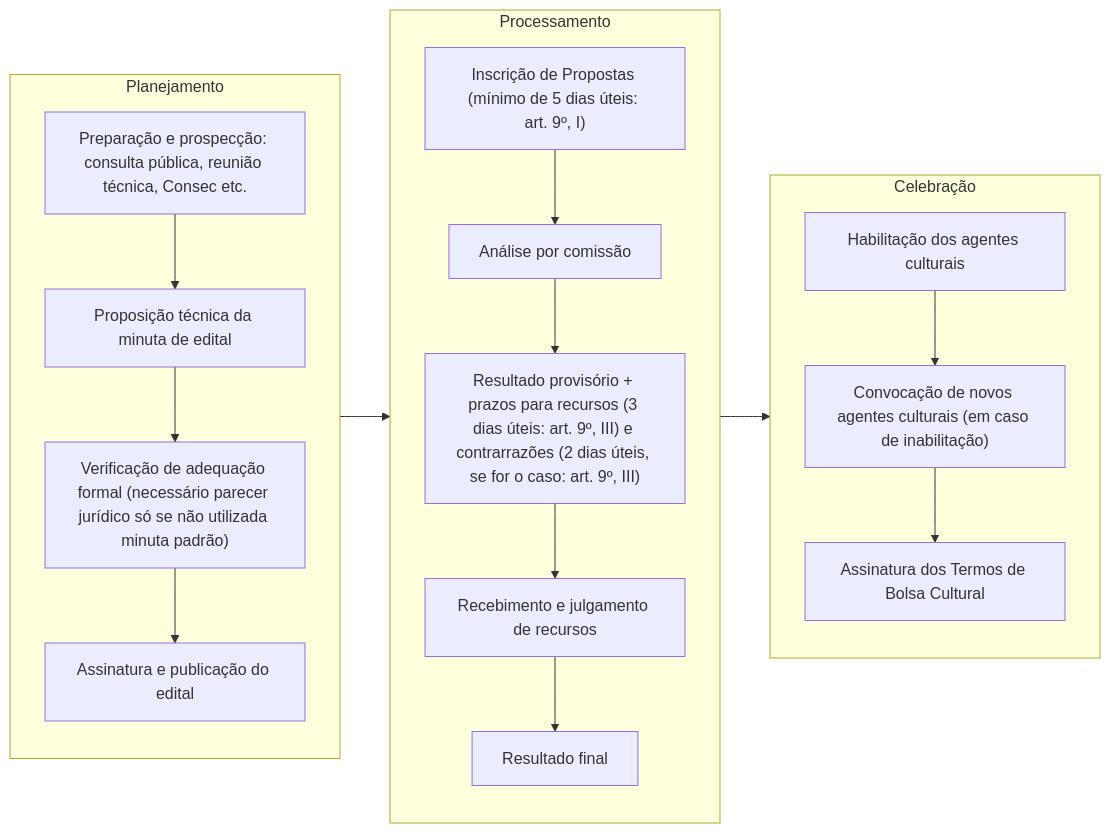
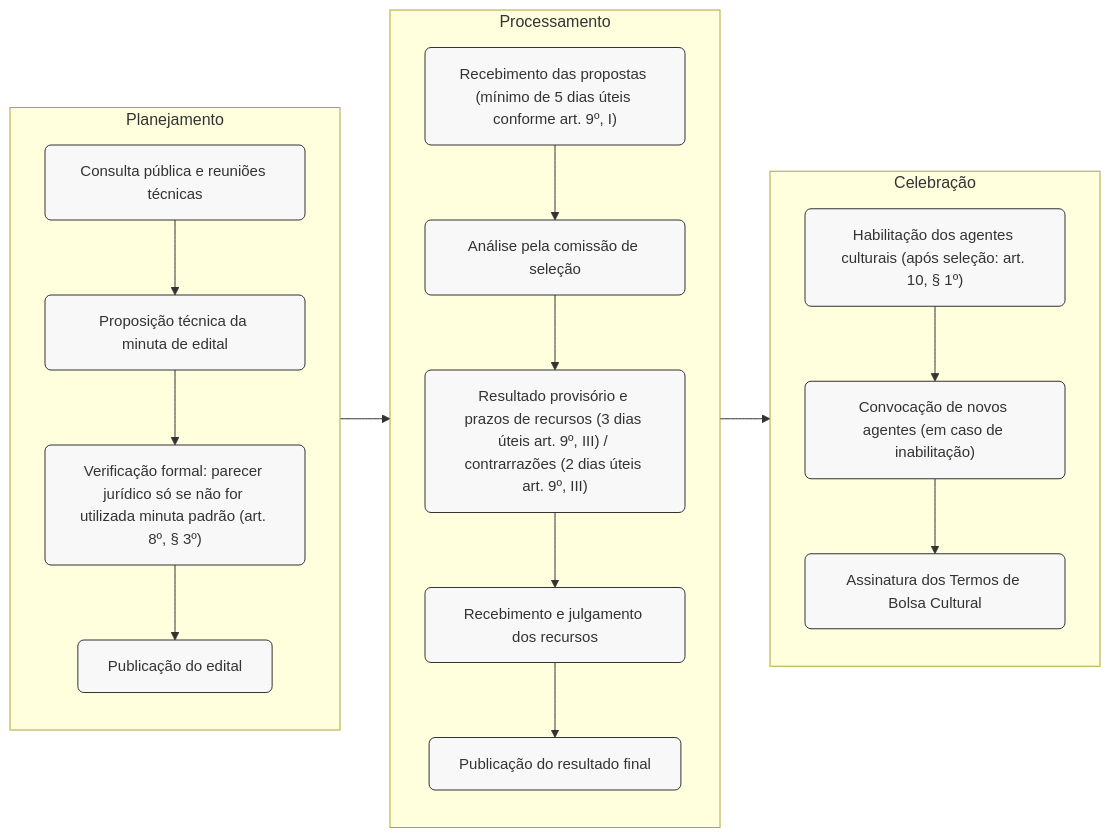
Before and after one commit to iepha-mg/manual.appi: the first of 3 diagrams in docs/parcerias/marco-do-fomento/termo-de-bolsa-cultural.md, drawn with Mermaid. The commit also changed other lines of this file and 4 other files, not shown here.

Commit message:
add Bolsa Cultural, fix fluxos OS e OSCIP

````diff
--- a/docs/parcerias/marco-do-fomento/termo-de-bolsa-cultural.md
+++ b/docs/parcerias/marco-do-fomento/termo-de-bolsa-cultural.md
@@ -59,20 +78,32 @@
-<div class="mermaid">
-flowchart LR
-    subgraph Planejamento
-        A1["Preparação e prospecção: consulta pública, reunião técnica, Consec etc."] --> A2["Proposição técnica da minuta de edital"]
-        A2 --> A3["Verificação de adequação formal (necessário parecer jurídico só se não utilizada minuta padrão)"]
-        A3 --> A4["Assinatura e publicação do edital"]
-    end
-    subgraph Processamento
-        B1["Inscrição de Propostas (mínimo de 5 dias úteis: art. 9º, I)"] --> B2["Análise por comissão"]
-        B2 --> B3["Resultado provisório + prazos para recursos (3 dias úteis: art. 9º, III) e contrarrazões (2 dias úteis, se for o caso: art. 9º, III)"]
-        B3 --> B4["Recebimento e julgamento de recursos"]
-        B4 --> B5["Resultado final"]
-    end
-    subgraph Celebração
-        C1["Habilitação dos agentes culturais"] --> C2["Convocação de novos agentes culturais (em caso de inabilitação)"]
-        C2 --> C3["Assinatura dos Termos de Bolsa Cultural"]
-    end
-    Planejamento --> Processamento
-    Processamento --> Celebração
-</div>
+    ```mermaid
+        %%{init: { 'flowchart': { 'htmlLabels': true }, 'maxTextSize': 90000 }}%%
+            flowchart LR
+                subgraph Planejamento
+                    A1["Consulta pública e reuniões técnicas"]
+                    A2["Proposição técnica da minuta de edital"]
+                    A3["Verificação formal: parecer jurídico só se não for utilizada minuta padrão (art. 8º, § 3º)"]
+                    A4["Publicação do edital"]
+
+                    A1 --> A2 --> A3 --> A4
+                end
+                subgraph Processamento
+                    B1["Recebimento das propostas (mínimo de 5 dias úteis conforme art. 9º, I)"]
+                    B2["Análise pela comissão de seleção"]
+                    B3["Resultado provisório e prazos de recursos (3 dias úteis art. 9º, III) / contrarrazões (2 dias úteis art. 9º, III)"]
+                    B4["Recebimento e julgamento dos recursos"]
+                    B5["Publicação do resultado final"]
+
+                    B1 --> B2 --> B3 --> B4 --> B5
+                end
+                subgraph Celebração
+                    C1["Habilitação dos agentes culturais (após seleção: art. 10, § 1º)"]
+                    C2["Convocação de novos agentes (em caso de inabilitação)"]
+                    C3["Assinatura dos Termos de Bolsa Cultural"]
+
+                    C1 --> C2 --> C3
+                end
+                Planejamento --> Processamento --> Celebração
+
+        classDef default stroke:#333,stroke-width:1px,fill:#f8f8f8,rx:6,ry:6,font-size:15px;
+
+    ```
````
